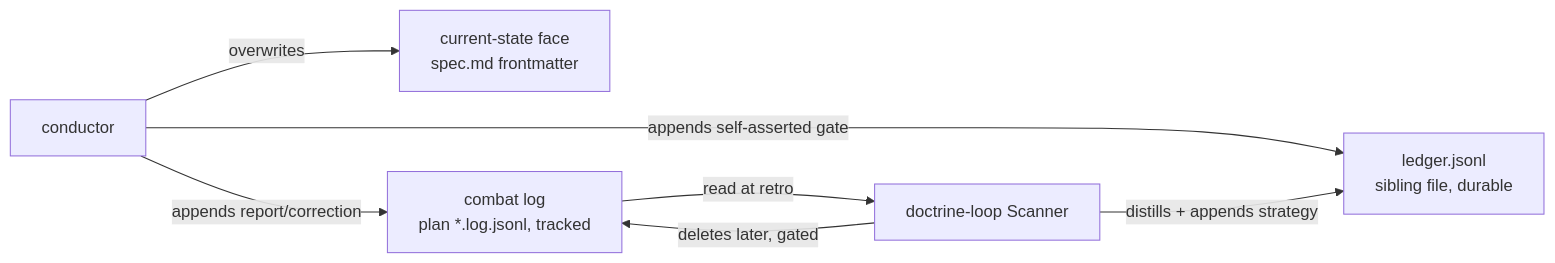
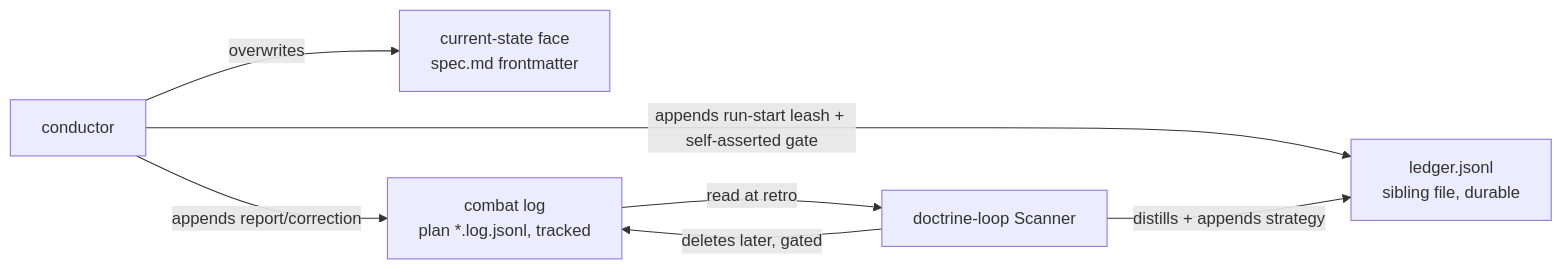
One commit to cyberuni/cyber-sdd changed the diagram in .agents/specs/sdd/design/provenance-model.md. Above: the diagram before and after it, drawn with Mermaid. The commit also changed other lines of this file and 8 other files, not shown here.

````diff
--- a/.agents/specs/sdd/design/provenance-model.md
+++ b/.agents/specs/sdd/design/provenance-model.md
@@ -102,9 +102,9 @@
 ```mermaid
 flowchart LR
   disp[conductor] -->|overwrites| state[current-state face<br/>spec.md frontmatter]
   disp -->|appends report/correction| clog[combat log<br/>plan *.log.jsonl, tracked]
-  disp -->|appends self-asserted gate| ledger[ledger.jsonl<br/>sibling file, durable]
+  disp -->|appends run-start leash + self-asserted gate| ledger[ledger.jsonl<br/>sibling file, durable]
   clog -->|read at retro| scanner[doctrine-loop Scanner]
   scanner -->|distills + appends strategy| ledger
   scanner -->|deletes later, gated| clog
 ```
````
